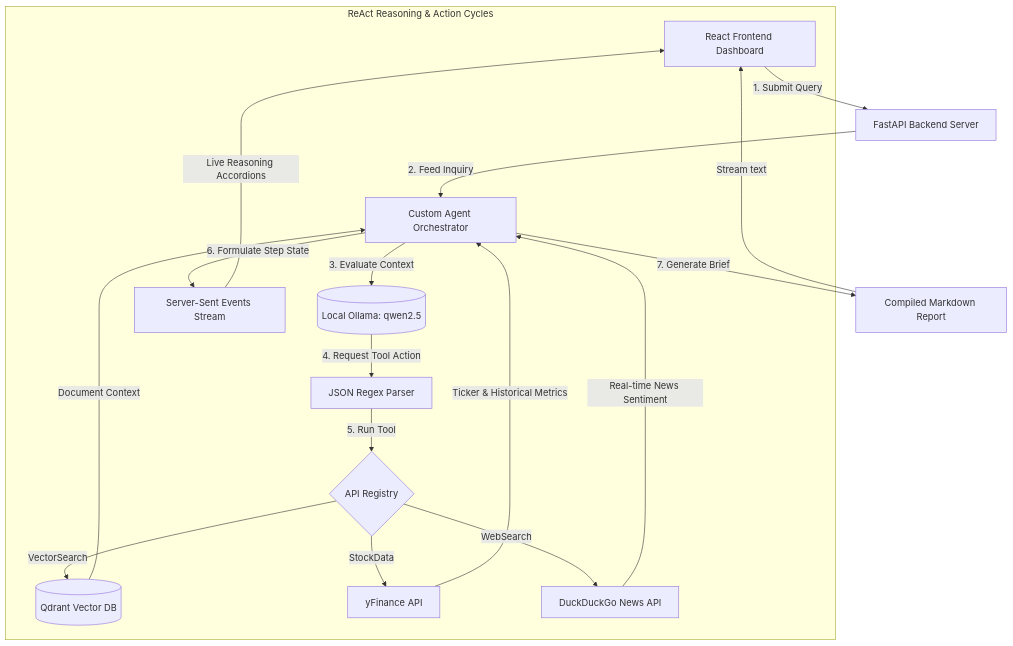
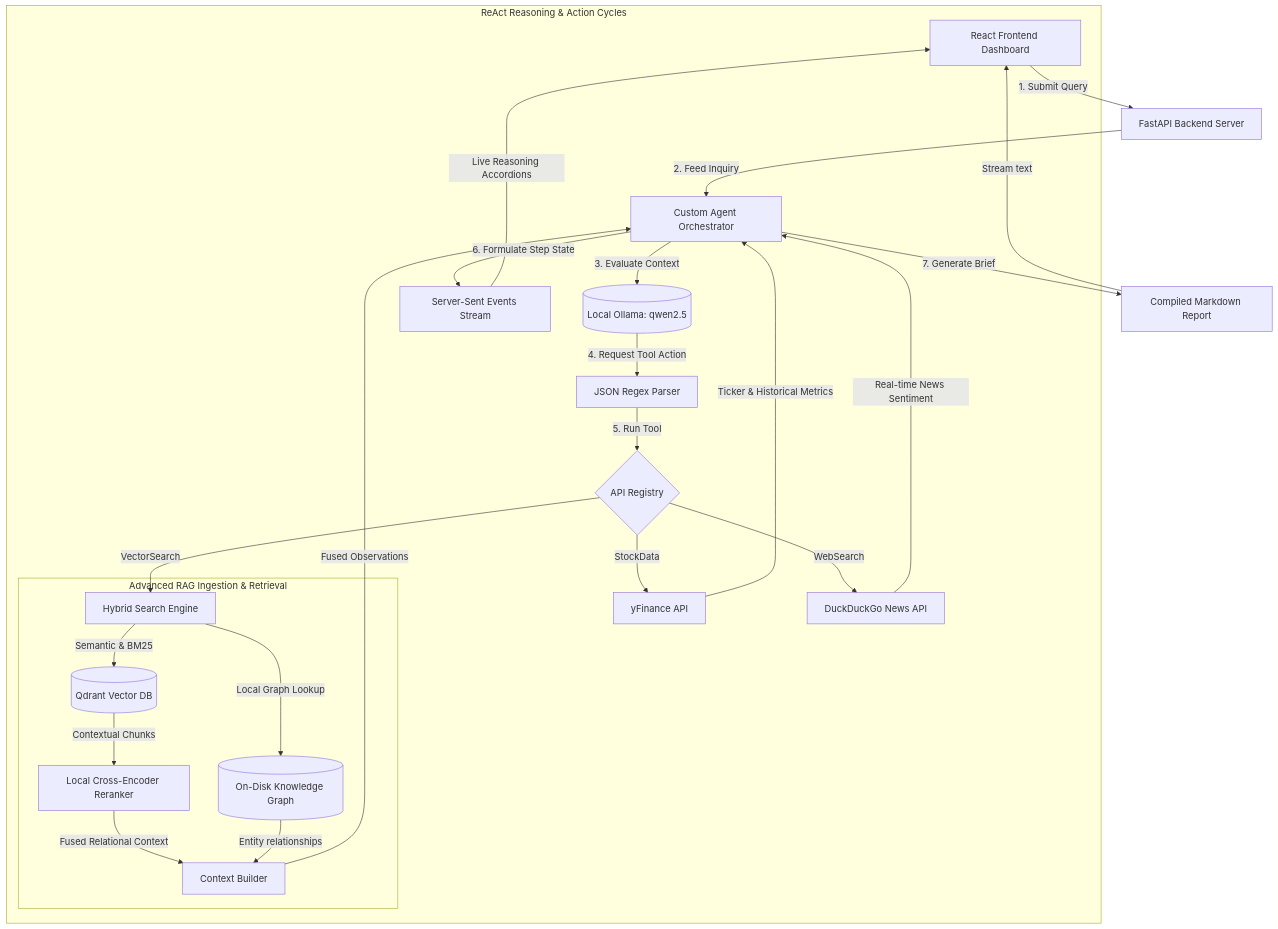
The first of 2 diagrams in README.md (ThienTai1/finance_analyst), drawn with Mermaid before and after one commit. The commit also changed other lines of this file and 5 other files, not shown here.

Commit message:
feat(rag): implement GraphRAG entity-relation retrieval and premium documentation

````diff
--- a/README.md
+++ b/README.md
@@ -29,25 +41,34 @@
 ```mermaid
 graph TD
     User[React Frontend Dashboard] -->|1. Submit Query| FastAPI[FastAPI Backend Server]
     FastAPI -->|2. Feed Inquiry| Agent[Custom Agent Orchestrator]
     
     subgraph Agentic Reasoning Loop [ReAct Reasoning & Action Cycles]
         Agent -->|3. Evaluate Context| LLM[(Local Ollama: qwen2.5)]
         LLM -->|4. Request Tool Action| Parser[JSON Regex Parser]
         Parser -->|5. Run Tool| Tools{API Registry}
         
-        Tools -->|VectorSearch| RAG[(Qdrant Vector DB)]
+        Tools -->|VectorSearch| HybridRAG[Hybrid Search Engine]
+        
+        subgraph Advanced RAG Ingestion & Retrieval
+            HybridRAG -->|Semantic & BM25| Qdrant[(Qdrant Vector DB)]
+            HybridRAG -->|Local Graph Lookup| GraphStore[(On-Disk Knowledge Graph)]
+            Qdrant -->|Contextual Chunks| CrossEncoder[Local Cross-Encoder Reranker]
+            CrossEncoder -->|Fused Relational Context| ContextBuilder[Context Builder]
+            GraphStore -->|Entity relationships| ContextBuilder
+        end
+        
         Tools -->|StockData| yFinance[yFinance API]
         Tools -->|WebSearch| DDG[DuckDuckGo News API]
         
-        RAG -->|Document Context| Agent
+        ContextBuilder -->|Fused Observations| Agent
         yFinance -->|Ticker & Historical Metrics| Agent
         DDG -->|Real-time News Sentiment| Agent
         
         Agent -->|6. Formulate Step State| SSE[Server-Sent Events Stream]
         SSE -->|Live Reasoning Accordions| User
     end
     
     Agent -->|7. Generate Brief| Final[Compiled Markdown Report]
     Final -->|Stream text| User
 ```
````
